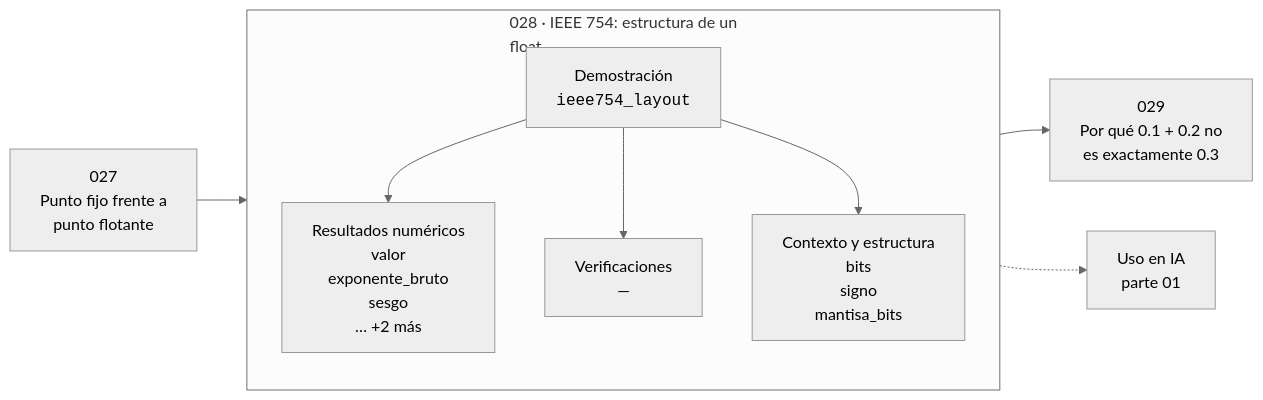
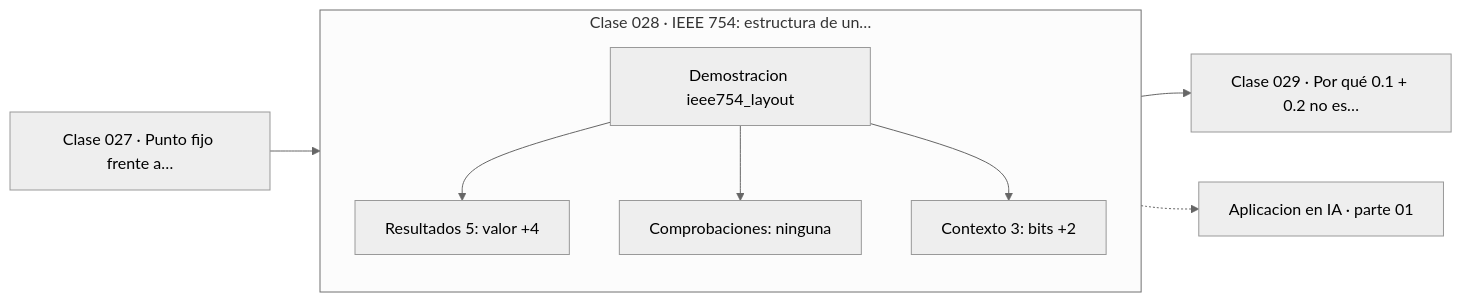
One commit to vladimiracunadev-create/computational-mathematics-program changed the diagram in classes/part-01-aritmetica-computacional-y-representacion-numerica/028-ieee-754-estructura-de-un-float/README.md. Above: the diagram before and after it, drawn with Mermaid (neutral theme). The commit also changed 389 other files, not shown here.

First line of the commit message:
fix(diagramas): elimina el HTML de las etiquetas Mermaid

````diff
--- a/classes/part-01-aritmetica-computacional-y-representacion-numerica/028-ieee-754-estructura-de-un-float/README.md
+++ b/classes/part-01-aritmetica-computacional-y-representacion-numerica/028-ieee-754-estructura-de-un-float/README.md
@@ -35,12 +35,13 @@
 ```mermaid
 flowchart LR
-    P["027<br/>Punto fijo frente a<br/>punto flotante"] --> C
-    subgraph C["028 · IEEE 754: estructura de un<br/>float"]
+    P["Clase 027 · Punto fijo frente a…"] --> D
+    subgraph CLASE["Clase 028 · IEEE 754: estructura de un…"]
         direction TB
-        D["Demostración<br/><code>ieee754_layout</code>"] --> R["Resultados numéricos<br/>valor<br/>exponente_bruto<br/>sesgo<br/>… +2 más"]
-        D --> V["Verificaciones<br/>—"]
-        D --> O["Contexto y estructura<br/>bits<br/>signo<br/>mantisa_bits"]
+        D["Demostracion ieee754_layout"]
+        D --> R["Resultados 5: valor +4"]
+        D --> V["Comprobaciones: ninguna"]
+        D --> O["Contexto 3: bits +2"]
     end
-    C --> N["029<br/>Por qué 0.1 + 0.2 no<br/>es exactamente 0.3"]
-    C -.-> IA["Uso en IA<br/>parte 01"]
+    R --> N["Clase 029 · Por qué 0.1 + 0.2 no es…"]
+    V -.-> IA["Aplicacion en IA · parte 01"]
 ```
````
